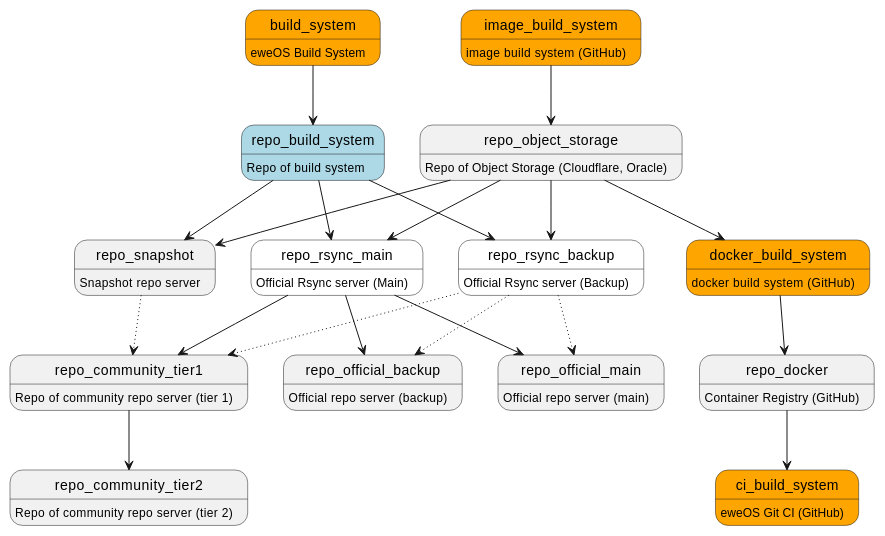
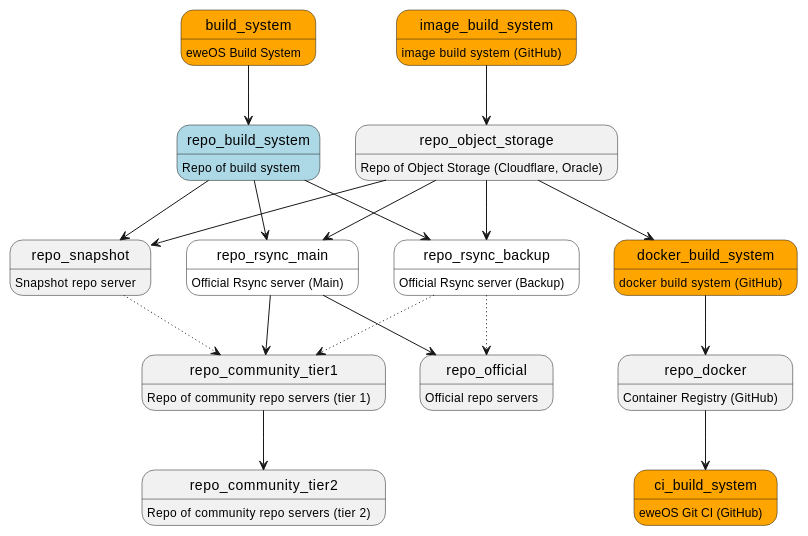
Before and after one commit to eweOS/wiki: the diagram in dev/topic/infra/repos.md, drawn with PlantUML. The commit also changed other lines of this file, not shown here.

Commit message:
docs: update dev/topic/infra/repos

````diff
--- a/dev/topic/infra/repos.md
+++ b/dev/topic/infra/repos.md
@@ -53,40 +53,37 @@
 ```plantuml
 @startuml
 
 state build_system #orange: eweOS Build System
 state repo_build_system #lightblue: Repo of build system
 state image_build_system #orange: image build system (GitHub)
 state ci_build_system #orange: eweOS Git CI (GitHub)
 state docker_build_system #orange: docker build system (GitHub)
 state repo_object_storage: Repo of Object Storage (Cloudflare, Oracle)
 state repo_docker: Container Registry (GitHub)
 state repo_rsync_main #white: Official Rsync server (Main)
 state repo_rsync_backup #white: Official Rsync server (Backup)
-state repo_official_main: Official repo server (main)
-state repo_official_backup: Official repo server (backup)
-state repo_community_tier1: Repo of community repo server (tier 1)
-state repo_community_tier2: Repo of community repo server (tier 2)
+state repo_official: Official repo servers
+state repo_community_tier1: Repo of community repo servers (tier 1)
+state repo_community_tier2: Repo of community repo servers (tier 2)
 state repo_snapshot: Snapshot repo server
 
 build_system --> repo_build_system
 image_build_system --> repo_object_storage
 repo_object_storage --> repo_rsync_main
 repo_object_storage --> repo_rsync_backup
 repo_object_storage --> repo_snapshot
 repo_object_storage --> docker_build_system
 docker_build_system --> repo_docker
 repo_docker --> ci_build_system
 repo_build_system --> repo_rsync_main
 repo_build_system --> repo_rsync_backup
 repo_build_system --> repo_snapshot
-repo_rsync_main --> repo_official_main
-repo_rsync_backup -[dotted]-> repo_official_main
-repo_rsync_main --> repo_official_backup
-repo_rsync_backup -[dotted]-> repo_official_backup
+repo_rsync_main --> repo_official
+repo_rsync_backup -[dotted]-> repo_official
 repo_rsync_main --> repo_community_tier1
 repo_rsync_backup -[dotted]-> repo_community_tier1
 repo_community_tier1 --> repo_community_tier2
 repo_snapshot -[dotted]-> repo_community_tier1
 
 @enduml
 ```
````
